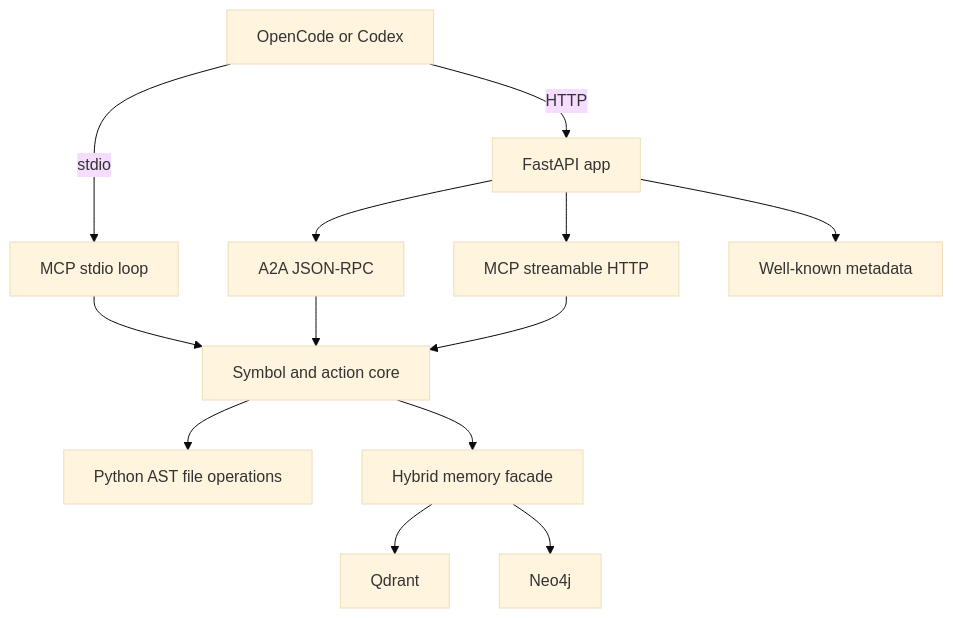
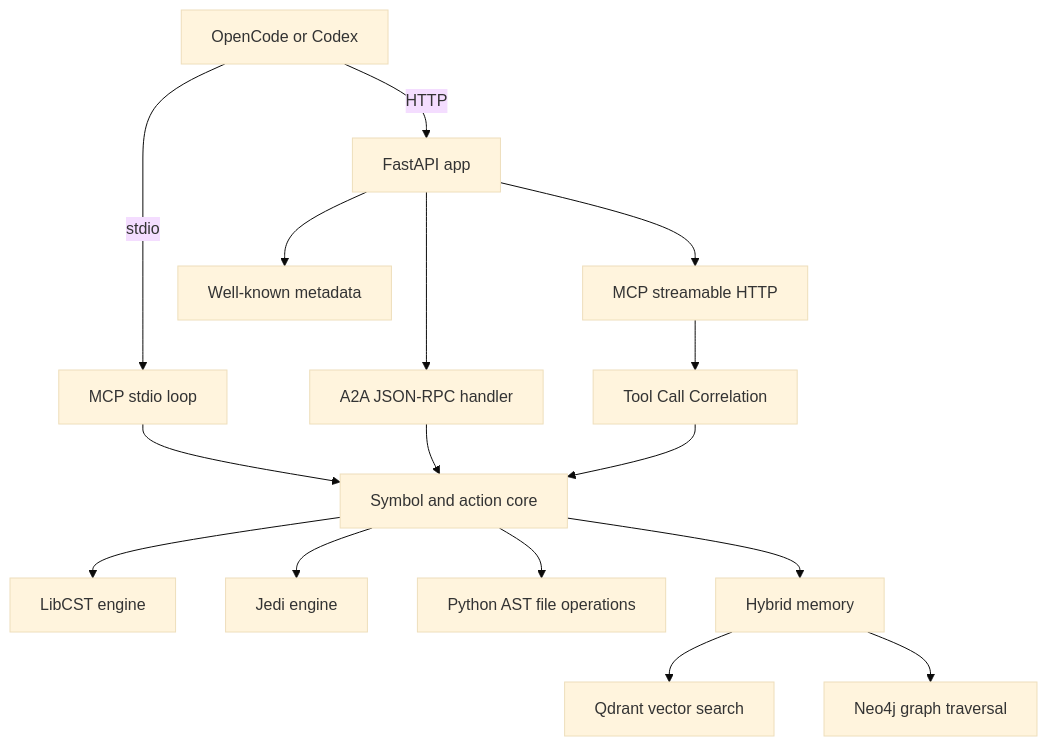
One commit to OpenSIN-Code/SIN-Code changed the diagram in legacy/simone-mcp/ARCHITECTURE.md. Above: the diagram before and after it, drawn with Mermaid (base theme). The commit also changed other lines of this file and 10 other files, not shown here.

Commit message:
Implement remaining issue #3 items: correlation, A2A handler, hybrid memory, CLI, CI/CD, Docker, setup, ARCHITECTURE.md

````diff
--- a/legacy/simone-mcp/ARCHITECTURE.md
+++ b/legacy/simone-mcp/ARCHITECTURE.md
@@ -14,15 +34,18 @@
 ```mermaid
 graph TD
     Client[OpenCode or Codex] -->|stdio| Stdio[MCP stdio loop]
     Client -->|HTTP| Http[FastAPI app]
-    Http --> A2A[A2A JSON-RPC]
+    Http --> A2A[A2A JSON-RPC handler]
     Http --> MCP[MCP streamable HTTP]
     Http --> Meta[Well-known metadata]
     Stdio --> Core[Symbol and action core]
     A2A --> Core
-    MCP --> Core
+    MCP --> Correlation[Tool Call Correlation]
+    Correlation --> Core
+    Core --> LibCST[LibCST engine]
+    Core --> Jedi[Jedi engine]
     Core --> Files[Python AST file operations]
-    Core --> Memory[Hybrid memory facade]
-    Memory --> Qdrant[Qdrant]
-    Memory --> Neo4j[Neo4j]
+    Core --> Memory[Hybrid memory]
+    Memory --> Qdrant[Qdrant vector search]
+    Memory --> Neo4j[Neo4j graph traversal]
 ```
````
